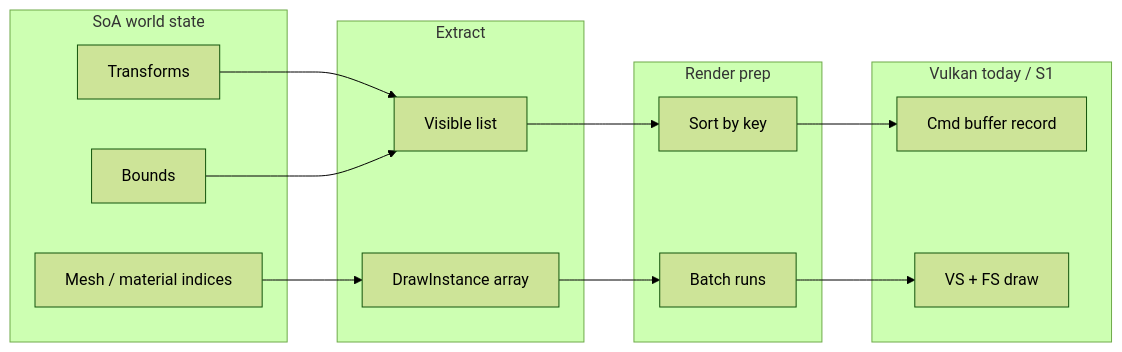
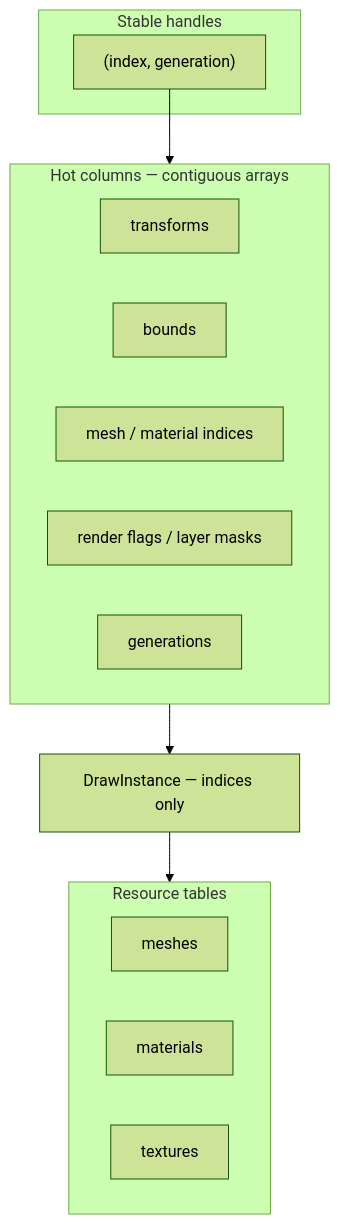
The sixth of 13 diagrams in Docs/EngineArchitecture.md (PluseggWill/SiriusEngine_VulkanReboot), drawn with Mermaid (forest theme) before and after one commit. The commit also changed other lines of this file and 22 other files, not shown here.

First line of the commit message:
[Docs][Cursor] Streamline roadmap, architecture, and agent workflow rules.

````diff
--- a/Docs/EngineArchitecture.md
+++ b/Docs/EngineArchitecture.md
@@ -385,27 +148,24 @@
 ```mermaid
-flowchart LR
-  subgraph GRP_SOA [SoA world state]
-    TASK_TRANSFORMS[Transforms]
-    TASK_BOUNDS[Bounds]
-    TASK_MATERIALS[Mesh / material indices]
+flowchart TB
+  subgraph COLUMNS [Hot columns — contiguous arrays]
+    T[transforms]
+    B[bounds]
+    M[mesh / material indices]
+    F[render flags / layer masks]
+    G[generations]
   end
-  subgraph GRP_EXTRACT [Extract]
-    TASK_VISIBLE[Visible list]
-    TASK_DRAWINSTANCE[DrawInstance array]
+
+  subgraph HANDLES [Stable handles]
+    ID["(index, generation)"]
   end
-  subgraph GRP_PREP [Render prep]
-    TASK_SORTKEY[Sort by key]
-    TASK_BATCHRUNS[Batch runs]
+
+  subgraph TABLES [Resource tables]
+    MESH[meshes]
+    MAT[materials]
+    TEX[textures]
   end
-  subgraph GRP_VK [Vulkan today / S1]
-    TASK_CMDBUF[Cmd buffer record]
-    TASK_VSFS[VS + FS draw]
-  end
-  TASK_TRANSFORMS --> TASK_VISIBLE
-  TASK_BOUNDS --> TASK_VISIBLE
-  TASK_MATERIALS --> TASK_DRAWINSTANCE
-  TASK_VISIBLE --> TASK_SORTKEY
-  TASK_DRAWINSTANCE --> TASK_BATCHRUNS
-  TASK_SORTKEY --> TASK_CMDBUF
-  TASK_BATCHRUNS --> TASK_VSFS
+
+  ID --> COLUMNS
+  COLUMNS --> DRAW[DrawInstance — indices only]
+  DRAW --> TABLES
 ```
````
